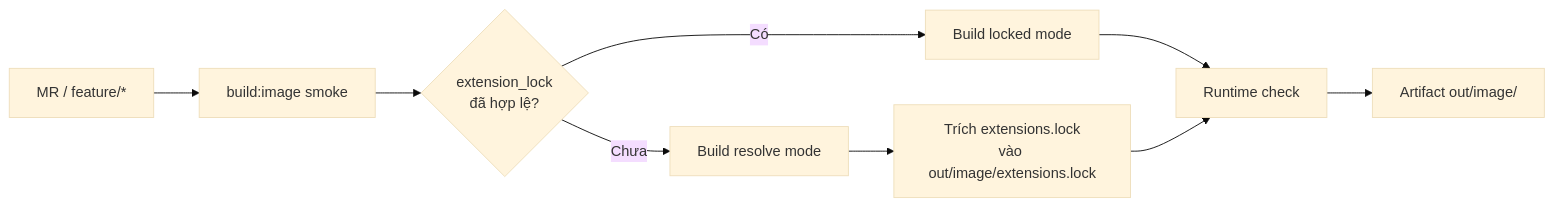
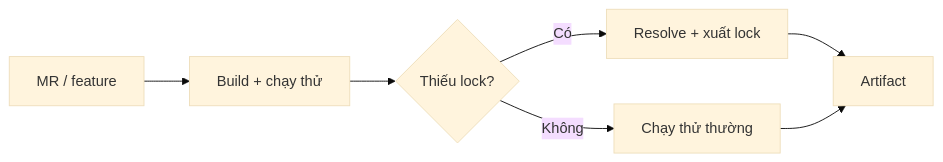
Before and after one commit to solution156/ci-core: the second of 4 diagrams in README.md, drawn with Mermaid (base theme). The commit also changed other lines of this file, not shown here.

````diff
--- a/README.md
+++ b/README.md
@@ -112,11 +55,9 @@
 ```mermaid
 flowchart LR
-    A["MR / feature/*"] --> B["build:image smoke"]
-    B --> C{"extension_lock<br/>đã hợp lệ?"}
-    C -->|Có| D["Build locked mode"]
-    C -->|Chưa| E["Build resolve mode"]
-    E --> F["Trích extensions.lock<br/>vào out/image/extensions.lock"]
-    D --> G["Runtime check"]
-    F --> G
-    G --> H["Artifact out/image/"]
+    A["MR / feature"] --> B["Build + chạy thử"]
+    B --> C{"Thiếu lock?"}
+    C -->|Có| D["Resolve + xuất lock"]
+    C -->|Không| E["Chạy thử thường"]
+    D --> F["Artifact"]
+    E --> F
 ```
````
